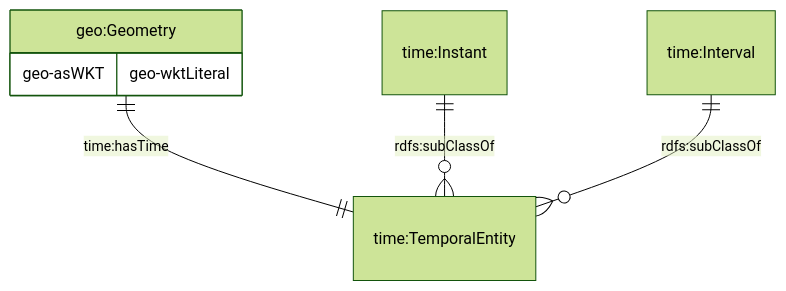
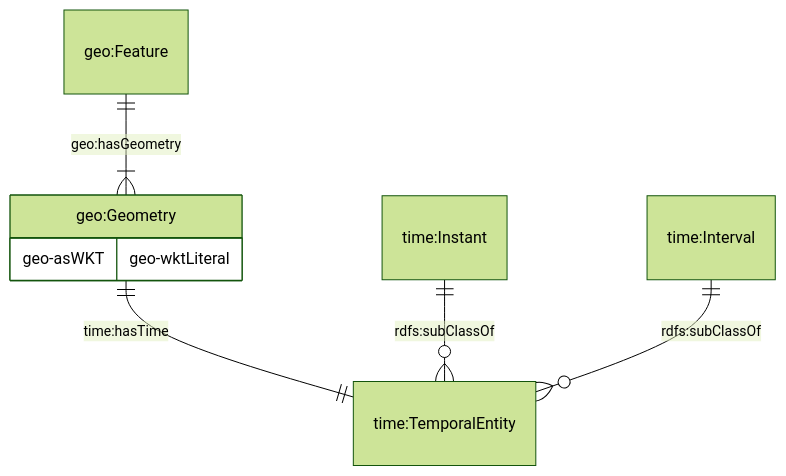
One commit to cambridge-cares/TheWorldAvatar changed the eighth of 11 diagrams in JPS_Ontology/ontology/ontowastemanagement/README.md. Above: the diagram before and after it, drawn with Mermaid (forest theme). The commit also changed other lines of this file, not shown here.

````diff
--- a/JPS_Ontology/ontology/ontowastemanagement/README.md
+++ b/JPS_Ontology/ontology/ontowastemanagement/README.md
@@ -386,7 +388,8 @@
 ```mermaid
     erDiagram
+    "geo:Feature" ||--|{ "geo:Geometry" : "geo:hasGeometry"
     "geo:Geometry" {geo-asWKT geo-wktLiteral}
     "geo:Geometry" ||--|| "time:TemporalEntity" : "time:hasTime"
     "time:Instant" ||--o{ "time:TemporalEntity" : "rdfs:subClassOf"
     "time:Interval" ||--o{ "time:TemporalEntity" : "rdfs:subClassOf"
 ```
````
